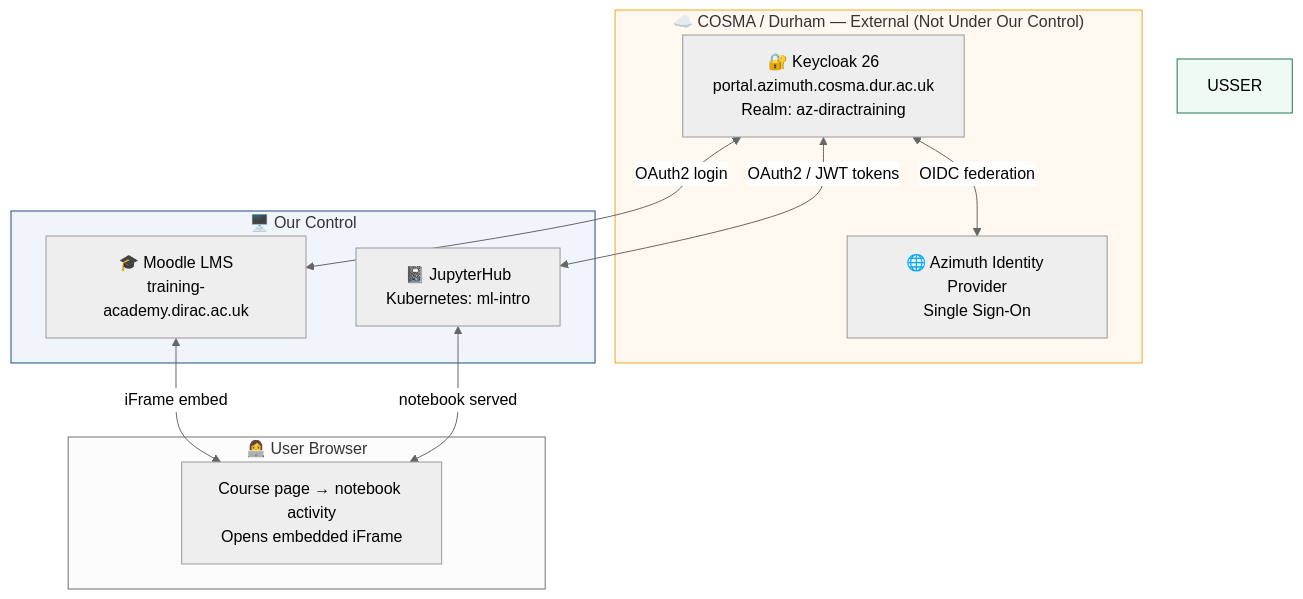
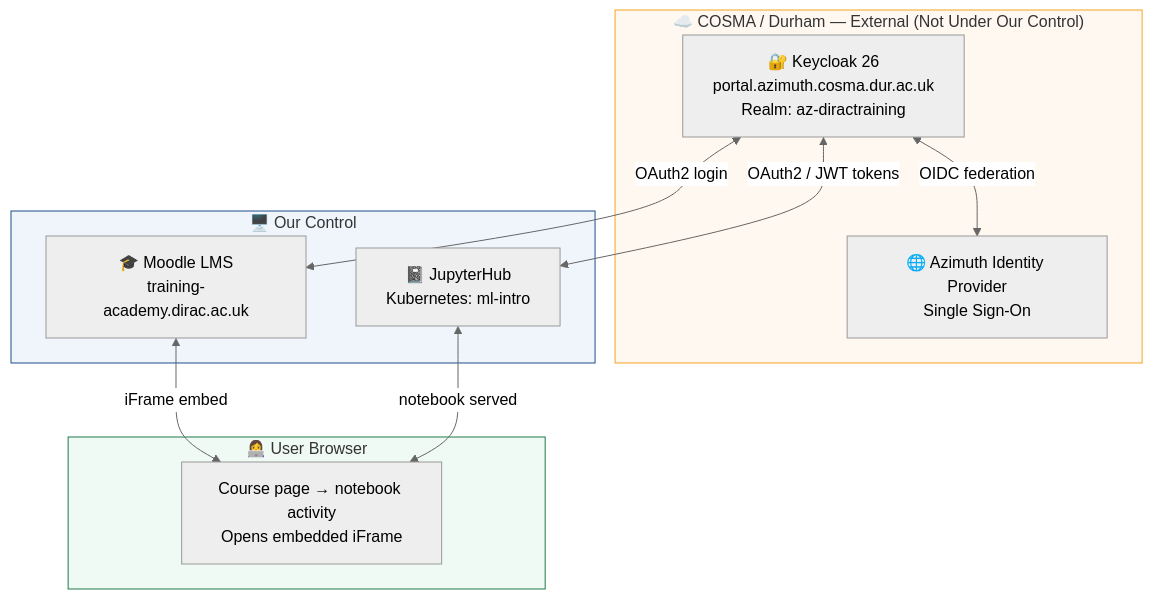
Before and after one commit to gokmenkilic/ML-Intro: the diagram in moodle_jupyterhub.md, drawn with Mermaid (neutral theme).

````diff
--- a/moodle_jupyterhub.md
+++ b/moodle_jupyterhub.md
@@ -32,26 +32,26 @@
 ```mermaid
 graph TD
     subgraph COSMA["☁️ COSMA / Durham  —  External (Not Under Our Control)"]
         KC["🔐 Keycloak 26<br/>portal.azimuth.cosma.dur.ac.uk<br/>Realm: az-diractraining"]
         AZ["🌐 Azimuth Identity Provider<br/>Single Sign-On"]
         KC <-->|"OIDC federation"| AZ
     end
 
     subgraph OURS["🖥️ Our Control"]
         ML["📓 JupyterHub<br/>Kubernetes: ml-intro<br/>"]
         MO["🎓 Moodle LMS<br/>training-academy.dirac.ac.uk<br/>"]
     end
 
     subgraph USER["👩‍💻 User Browser"]
         BR["Course page → notebook activity<br/>Opens embedded iFrame"]
     end
 
     KC <-->|"OAuth2 / JWT tokens"| ML
     KC <-->|"OAuth2 login"| MO
     MO <-->|"iFrame embed"| BR
     ML <-->|"notebook served"| BR
 
     style COSMA fill:#fff8f0,stroke:#f5a623
     style OURS fill:#f0f5fc,stroke:#1a4f8a
-    style USSER fill:#f0faf5,stroke:#1e7a4a
+    style USER fill:#f0faf5,stroke:#1e7a4a
 ```
````
